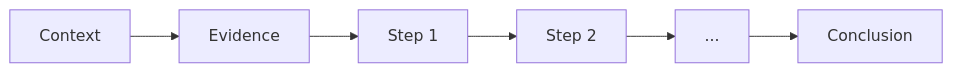
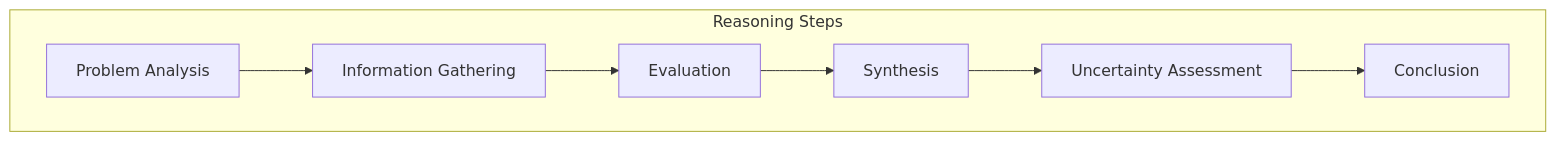
One commit to somesh-ghaturle/Fair-Agent changed the fourth of 5 diagrams in docs/TECHNICAL_DOCUMENTATION.md. Above: the diagram before and after it, drawn with Mermaid. The commit also changed other lines of this file, not shown here.

````diff
--- a/docs/TECHNICAL_DOCUMENTATION.md
+++ b/docs/TECHNICAL_DOCUMENTATION.md
@@ -316,8 +324,17 @@
 ```mermaid
-flowchart LR
-    C[Context] --> E[Evidence]
-    E --> S1[Step 1]
-    S1 --> S2[Step 2]
-    S2 --> D[...]
-    D --> Conc[Conclusion]
+flowchart TD
+    P[Problem Analysis] --> I[Information Gathering]
+    I --> E[Evaluation]
+    E --> S[Synthesis]
+    S --> U[Uncertainty Assessment]
+    U --> C[Conclusion]
+    
+    subgraph Steps [Reasoning Steps]
+    P
+    I
+    E
+    S
+    U
+    C
+    end
 ```
````
